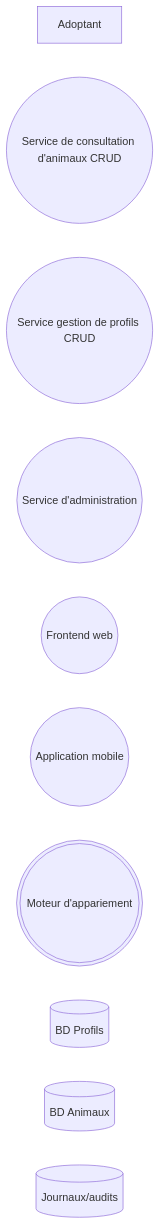
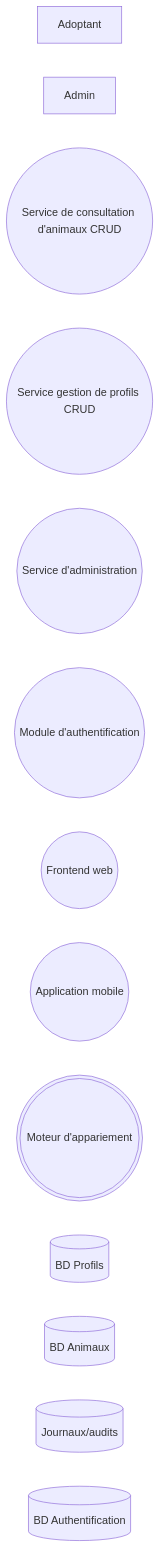
Before and after one commit to ophenix-maisonneuve/420-950-ma-site-web: the diagram in _exercices/corriges/corrige-seances4-5.md, drawn with Mermaid. The commit also changed other lines of this file, not shown here.

````diff
--- a/_exercices/corriges/corrige-seances4-5.md
+++ b/_exercices/corriges/corrige-seances4-5.md
@@ -22,13 +19,16 @@
 ```mermaid
 flowchart LR
     Adoptant[Adoptant]
+    Administrateur[Admin]
     ModuleConsultation((Service de consultation d'animaux CRUD))
     ModuleAdoptant((Service gestion de profils CRUD))
     ModuleAdmin((Service d'administration))
+    ModuleAuth((Module d'authentification))
     Web((Frontend web))
     Mobile((Application mobile))
     ModuleAppariement(((Moteur d'appariement)))
     BdProfils[(BD Profils)]
     BdAnimaux[(BD Animaux)]
     Logs[(Journaux/audits)]
+    BDAuth[(BD Authentification)]
 ```
````
